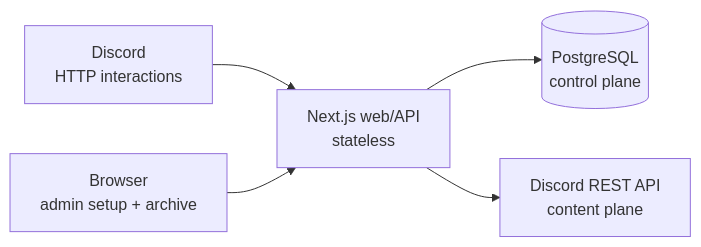
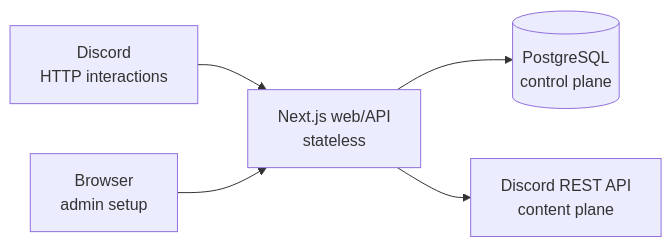
The diagram in README.md (cgm-16/clip), drawn with Mermaid before and after one commit. The commit also changed other lines of this file, not shown here.

````diff
--- a/README.md
+++ b/README.md
@@ -55,7 +55,7 @@
 ```mermaid
 flowchart LR
   D[Discord<br/>HTTP interactions] --> A
-  B[Browser<br/>admin setup + archive] --> A
+  B[Browser<br/>admin setup] --> A
   A[Next.js web/API<br/>stateless] --> P[(PostgreSQL<br/>control plane)]
   A --> R[Discord REST API<br/>content plane]
 ```
````
